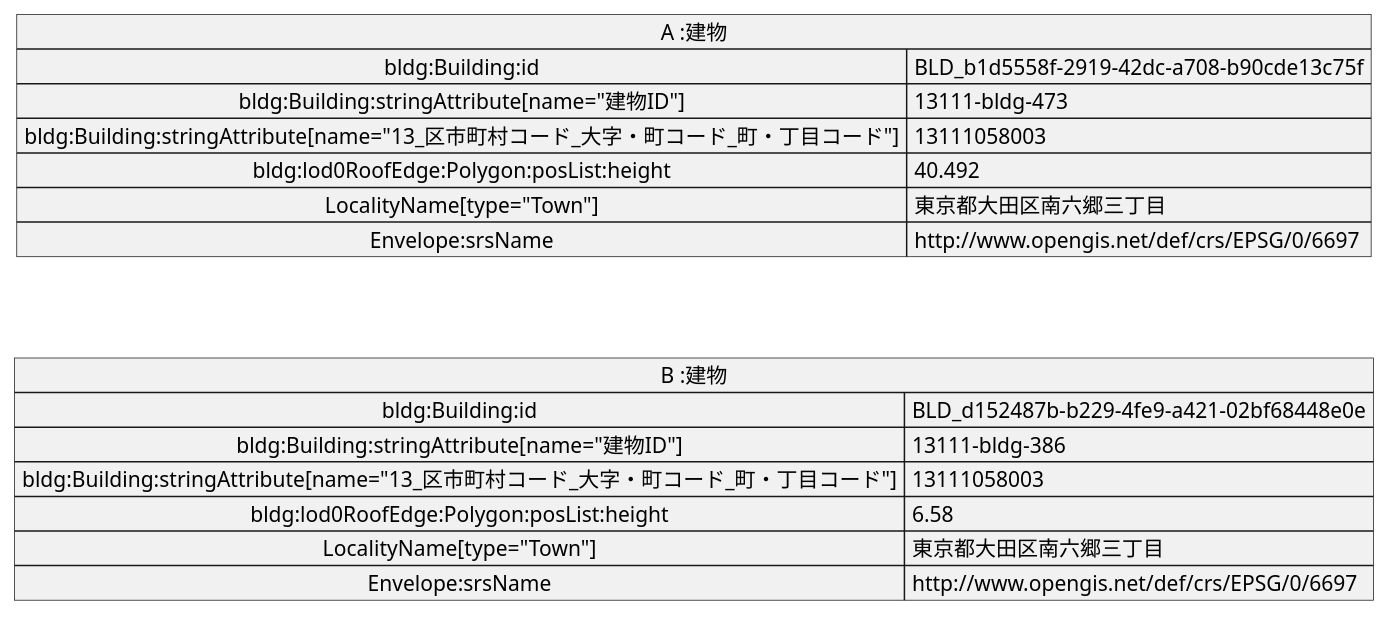
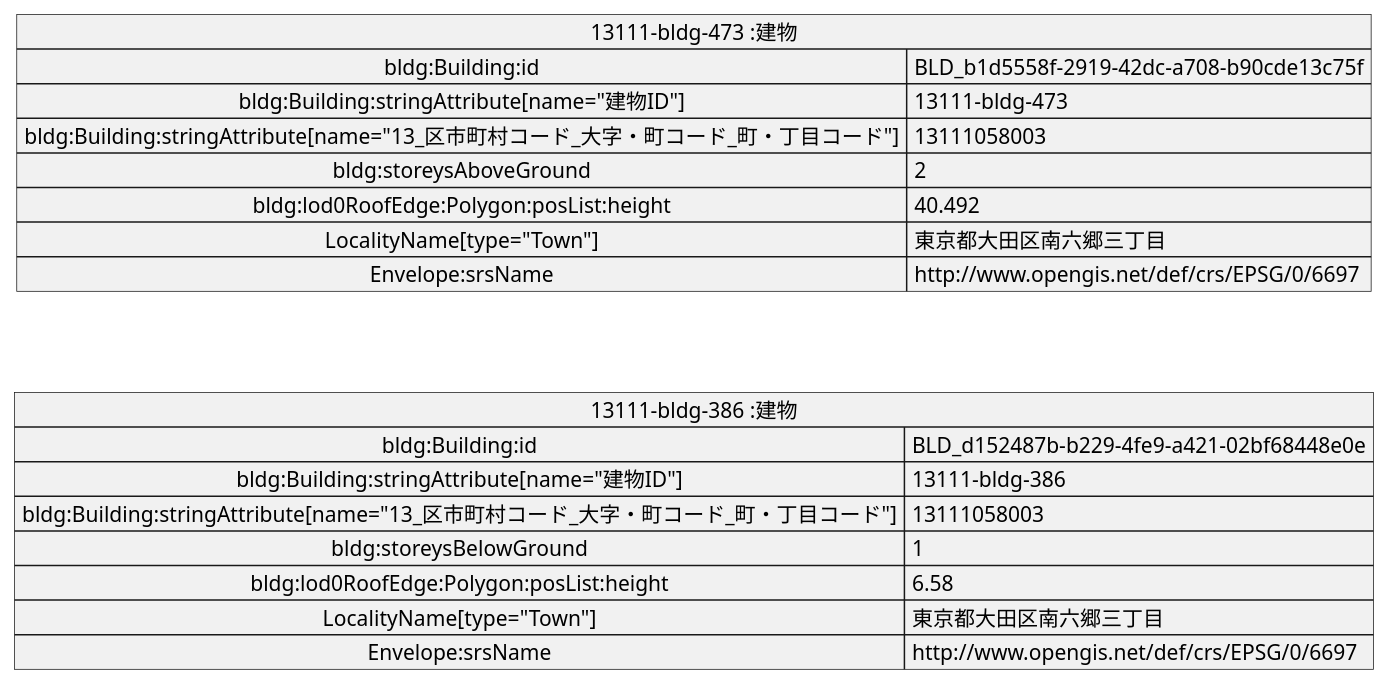
Before and after one commit to yuuhayashi/citygml-osm: the diagram in doc/building/sample-c/gml.pu, drawn with PlantUML. The commit also changed 21 other files, not shown here.

```diff
--- a/doc/building/sample-c/gml.pu
+++ b/doc/building/sample-c/gml.pu
@@ -1,19 +1,21 @@
 @startuml
-map "A :建物" as A {
+map "13111-bldg-473 :建物" as A {
  bldg:Building:id => BLD_b1d5558f-2919-42dc-a708-b90cde13c75f
  bldg:Building:stringAttribute[name="建物ID"] => 13111-bldg-473
  bldg:Building:stringAttribute[name="13_区市町村コード_大字・町コード_町・丁目コード"] => 13111058003
+ bldg:storeysAboveGround => 2
  bldg:lod0RoofEdge:Polygon:posList:height => 40.492
  LocalityName[type="Town"] => 東京都大田区南六郷三丁目
  Envelope:srsName => http://www.opengis.net/def/crs/EPSG/0/6697
 }
-map "B :建物" as B {
+map "13111-bldg-386 :建物" as B {
  bldg:Building:id => BLD_d152487b-b229-4fe9-a421-02bf68448e0e
  bldg:Building:stringAttribute[name="建物ID"] => 13111-bldg-386
  bldg:Building:stringAttribute[name="13_区市町村コード_大字・町コード_町・丁目コード"] => 13111058003
+ bldg:storeysBelowGround => 1
  bldg:lod0RoofEdge:Polygon:posList:height => 6.58
  LocalityName[type="Town"] => 東京都大田区南六郷三丁目
  Envelope:srsName => http://www.opengis.net/def/crs/EPSG/0/6697
 }
 A -[hidden]- B
 @enduml
```
